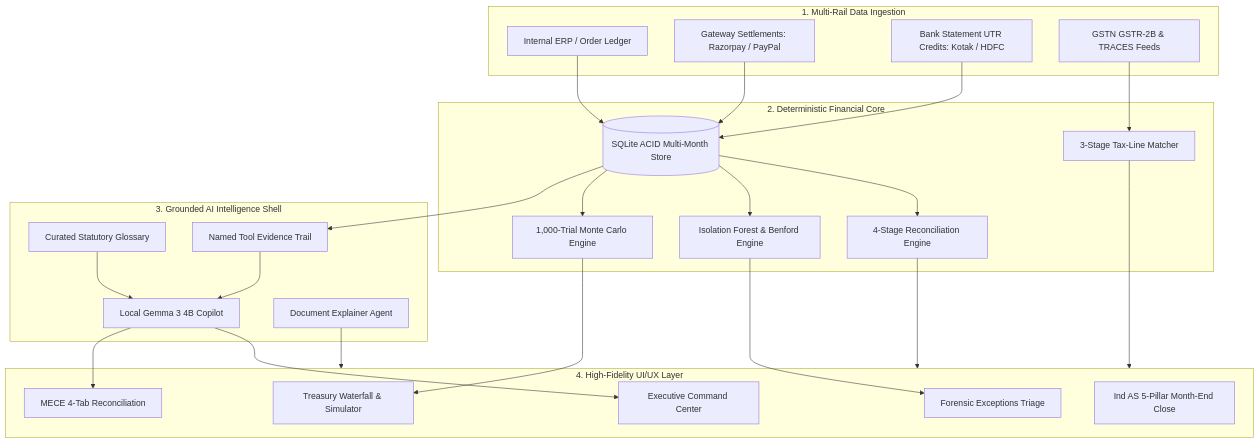
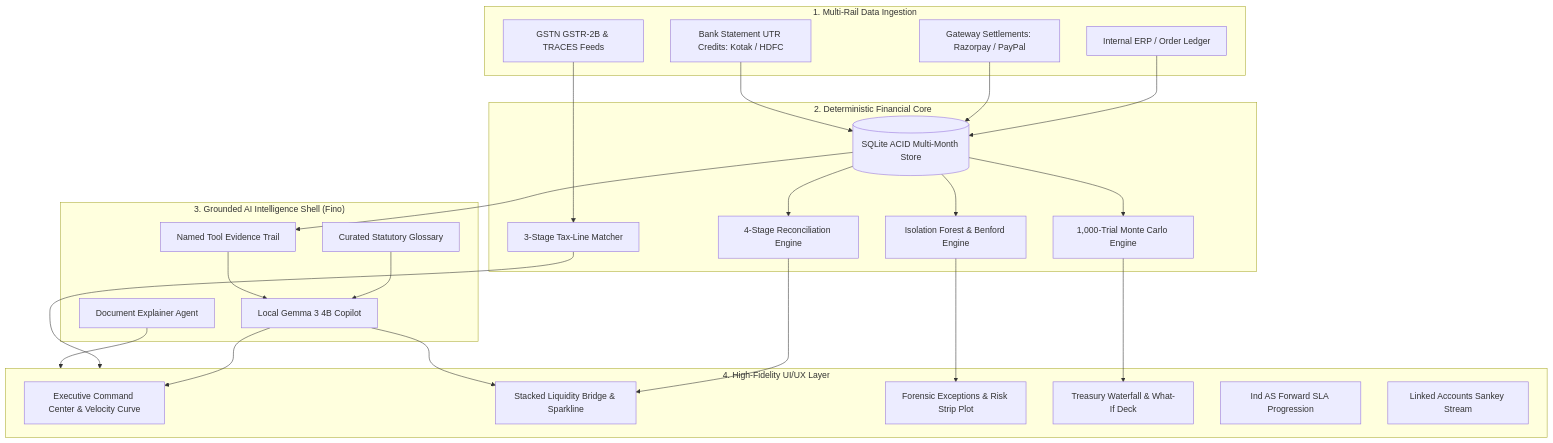
One commit to sharancode3/Finora changed the diagram in README.md. Above: the diagram before and after it, drawn with Mermaid. The commit also changed other lines of this file, not shown here.

Commit message:
docs: update master README with Round 7 architecture, 13-phase innovations, and 100% audit benchmarks

````diff
--- a/README.md
+++ b/README.md
@@ -114,53 +114,54 @@
 ```mermaid
 graph TD
     subgraph Ingestion["1. Multi-Rail Data Ingestion"]
         L[Internal ERP / Order Ledger]
         G[Gateway Settlements: Razorpay / PayPal]
         B[Bank Statement UTR Credits: Kotak / HDFC]
         T[GSTN GSTR-2B & TRACES Feeds]
     end
 
     subgraph Core["2. Deterministic Financial Core"]
         SQL[(SQLite ACID Multi-Month Store)]
         M4[4-Stage Reconciliation Engine]
         ANOM[Isolation Forest & Benford Engine]
         MC[1,000-Trial Monte Carlo Engine]
         TAX[3-Stage Tax-Line Matcher]
     end
 
-    subgraph Agentic["3. Grounded AI Intelligence Shell"]
+    subgraph Agentic["3. Grounded AI Intelligence Shell (Fino)"]
         GEMMA[Local Gemma 3 4B Copilot]
         GLOSS[Curated Statutory Glossary]
         DOC[Document Explainer Agent]
         EVID[Named Tool Evidence Trail]
     end
 
     subgraph UI["4. High-Fidelity UI/UX Layer"]
-        DASH[Executive Command Center]
-        RECON[MECE 4-Tab Reconciliation]
-        EXC[Forensic Exceptions Triage]
-        CASH[Treasury Waterfall & Simulator]
-        CLOSE[Ind AS 5-Pillar Month-End Close]
+        DASH[Executive Command Center & Velocity Curve]
+        RECON[Stacked Liquidity Bridge & Sparkline]
+        EXC[Forensic Exceptions & Risk Strip Plot]
+        CASH[Treasury Waterfall & What-If Deck]
+        CLOSE[Ind AS Forward SLA Progression]
+        SANKEY[Linked Accounts Sankey Stream]
     end
 
     L --> SQL
     G --> SQL
     B --> SQL
     T --> TAX
 
     SQL --> M4
     SQL --> ANOM
     SQL --> MC
 
-    M4 --> UI
+    M4 --> RECON
     ANOM --> EXC
     MC --> CASH
     TAX --> UI
 
     SQL --> EVID
     GLOSS --> GEMMA
     EVID --> GEMMA
     DOC --> UI
     GEMMA --> DASH
     GEMMA --> RECON
 ```
````
